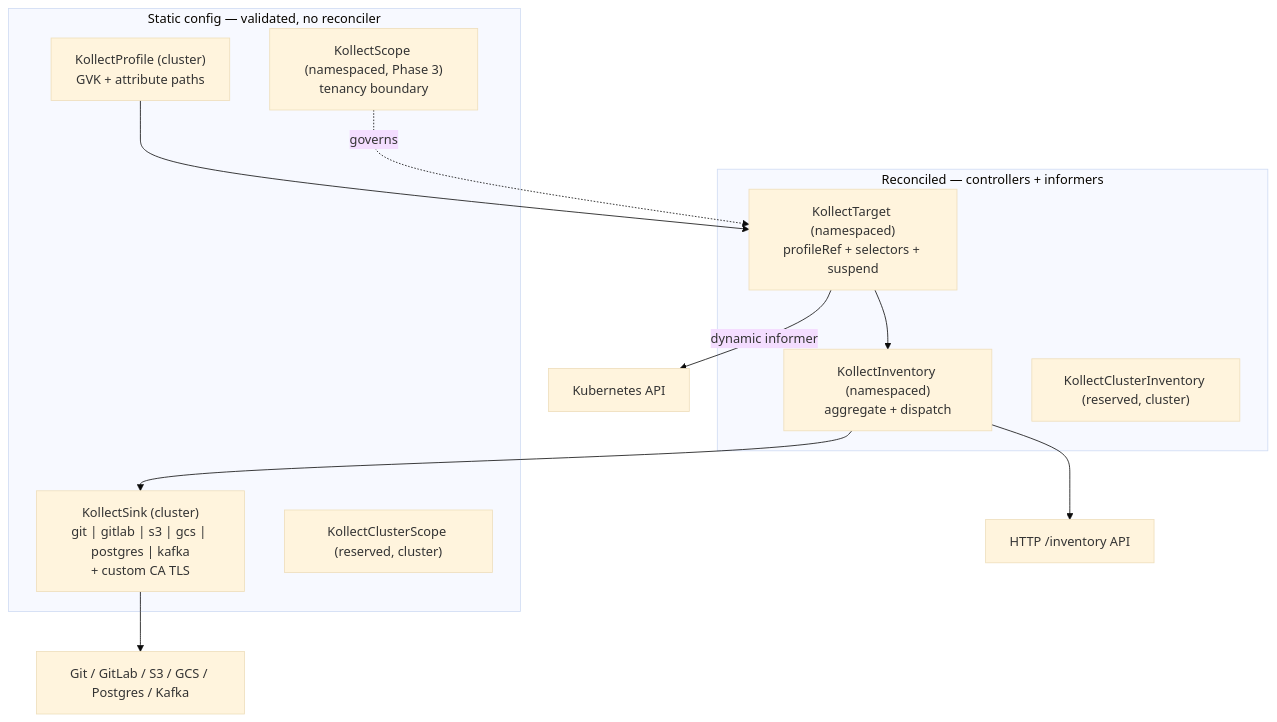
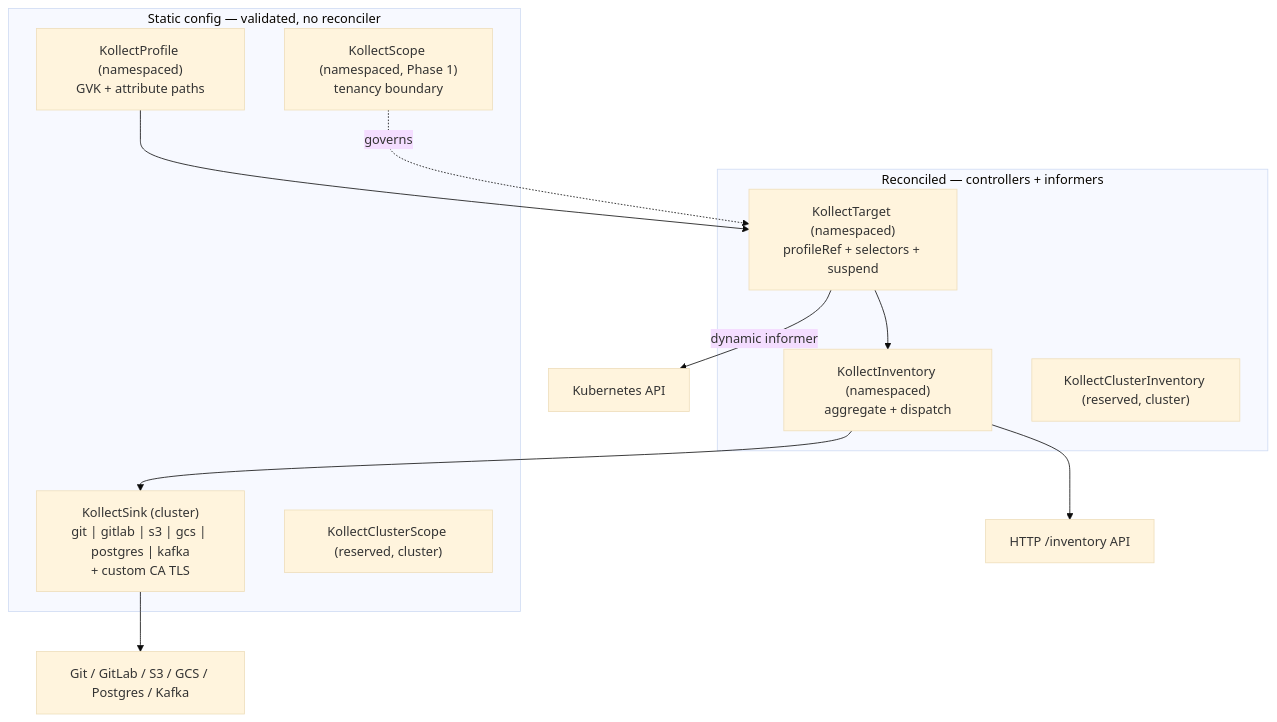
Before and after one commit to PlatformRelay/Kollect: the first of 6 diagrams in docs/ARCHITECTURE.md, drawn with Mermaid (base theme). The commit also changed other lines of this file and 10 other files, not shown here.

First line of the commit message:
:page_facing_up: docs: namespaced profile and tenancy samples

````diff
--- a/docs/ARCHITECTURE.md
+++ b/docs/ARCHITECTURE.md
@@ -25,23 +25,23 @@
 ```mermaid
 flowchart TD
   subgraph staticCfg [Static config — validated, no reconciler]
-    Profile["KollectProfile (cluster)\nGVK + attribute paths"]
+    Profile["KollectProfile (namespaced)\nGVK + attribute paths"]
     Sink["KollectSink (cluster)\ngit | gitlab | s3 | gcs | postgres | kafka\n+ custom CA TLS"]
-    Scope["KollectScope (namespaced, Phase 3)\ntenancy boundary"]
+    Scope["KollectScope (namespaced, Phase 1)\ntenancy boundary"]
     CScope["KollectClusterScope (reserved, cluster)"]
   end
 
   subgraph reconciled [Reconciled — controllers + informers]
     Target["KollectTarget (namespaced)\nprofileRef + selectors + suspend"]
     Inv["KollectInventory (namespaced)\naggregate + dispatch"]
     CInv["KollectClusterInventory (reserved, cluster)"]
   end
 
   Profile --> Target
   Scope -.governs.-> Target
   Target -->|"dynamic informer"| K8s["Kubernetes API"]
   Target --> Inv
   Inv --> Sink
   Inv --> HTTP["HTTP /inventory API"]
   Sink --> Backends["Git / GitLab / S3 / GCS / Postgres / Kafka"]
 ```
````
